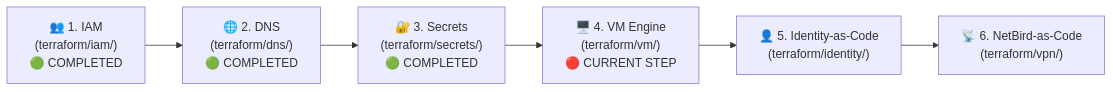
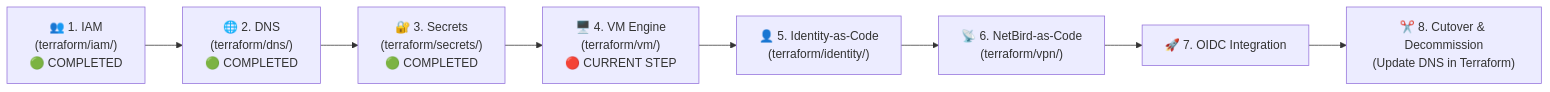
Before and after one commit to AIT-brainlab/brainlab-base: the diagram in mgmt/checklist.md, drawn with Mermaid. The commit also changed other lines of this file and 16 other files, not shown here.

````diff
--- a/mgmt/checklist.md
+++ b/mgmt/checklist.md
@@ -19,4 +19,4 @@
 ```mermaid
 flowchart LR
-    Step1["👥 1. IAM<br/>(terraform/iam/)<br/>🟢 COMPLETED"] --> Step2["🌐 2. DNS<br/>(terraform/dns/)<br/>🟢 COMPLETED"] --> Step3["🔐 3. Secrets<br/>(terraform/secrets/)<br/>🟢 COMPLETED"] --> Step4["🖥️ 4. VM Engine<br/>(terraform/vm/)<br/>🔴 CURRENT STEP"] --> Step5["👤 5. Identity-as-Code<br/>(terraform/identity/)"] --> Step6["📡 6. NetBird-as-Code<br/>(terraform/vpn/)"]
+    Step1["👥 1. IAM<br/>(terraform/iam/)<br/>🟢 COMPLETED"] --> Step2["🌐 2. DNS<br/>(terraform/dns/)<br/>🟢 COMPLETED"] --> Step3["🔐 3. Secrets<br/>(terraform/secrets/)<br/>🟢 COMPLETED"] --> Step4["🖥️ 4. VM Engine<br/>(terraform/vm/)<br/>🔴 CURRENT STEP"] --> Step5["👤 5. Identity-as-Code<br/>(terraform/identity/)"] --> Step6["📡 6. NetBird-as-Code<br/>(terraform/vpn/)"] --> Step7["🚀 7. OIDC Integration"] --> Step8["✂️ 8. Cutover & Decommission<br/>(Update DNS in Terraform)"]
 ```
````
